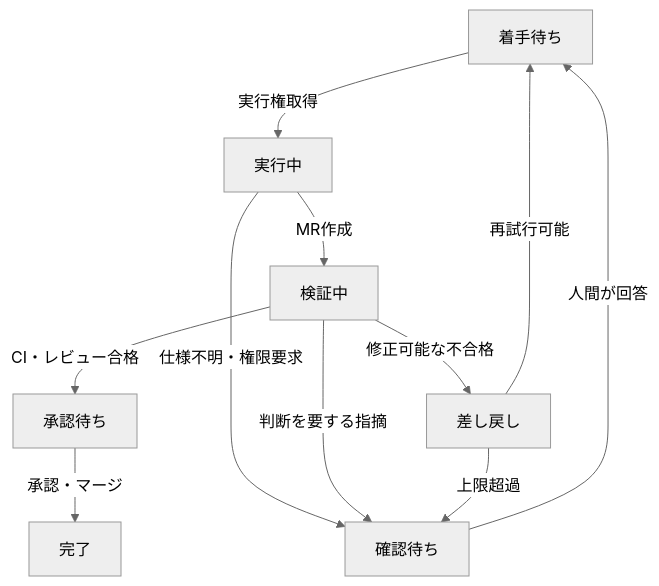
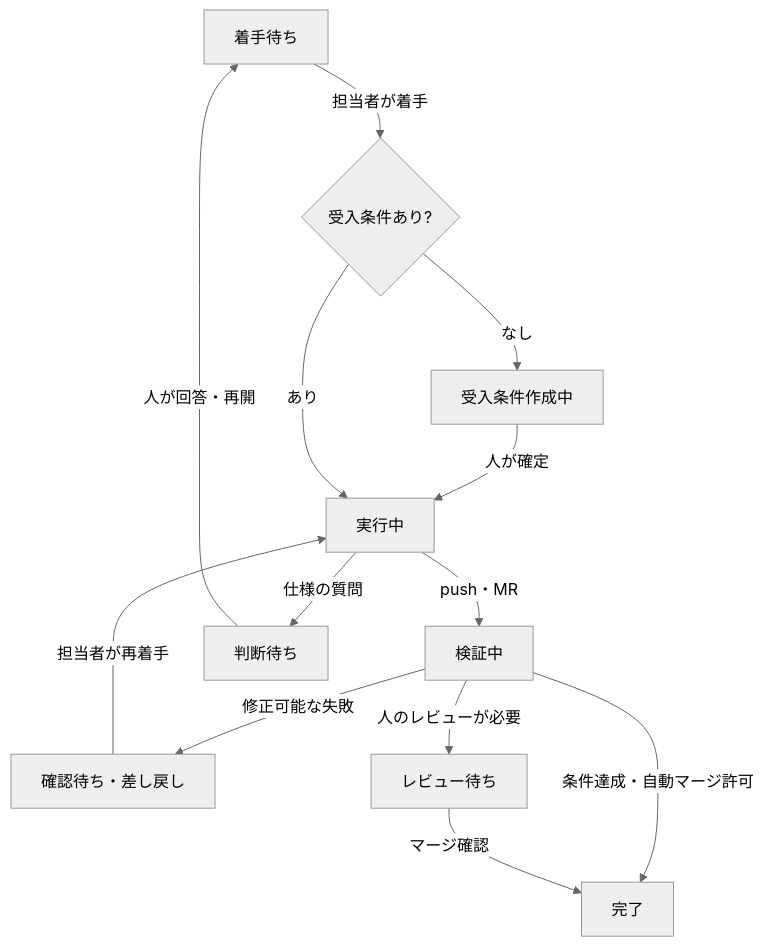
Before and after one commit to Umemura0212/zenn-content: the diagram in articles/issue-driven-agent-workflow.md, drawn with Mermaid (neutral theme). The commit also changed other lines of this file, not shown here.

````diff
--- a/articles/issue-driven-agent-workflow.md
+++ b/articles/issue-driven-agent-workflow.md
@@ -35,13 +30,15 @@
 ```mermaid
 flowchart TD
-    A[着手待ち] -->|実行権取得| B[実行中]
-    B -->|MR作成| C[検証中]
-    C -->|CI・レビュー合格| D[承認待ち]
-    D -->|承認・マージ| E[完了]
-    C -->|修正可能な不合格| F[差し戻し]
-    F -->|再試行可能| A
-    B -->|仕様不明・権限要求| G[確認待ち]
-    C -->|判断を要する指摘| G
-    G -->|人間が回答| A
-    F -->|上限超過| G
+    A[着手待ち] -->|担当者が着手| B{受入条件あり?}
+    B -->|なし| C[受入条件作成中]
+    C -->|人が確定| D[実行中]
+    B -->|あり| D
+    D -->|push・MR| E[検証中]
+    E -->|修正可能な失敗| F[確認待ち・差し戻し]
+    F -->|担当者が再着手| D
+    E -->|条件達成・自動マージ許可| G[完了]
+    E -->|人のレビューが必要| H[レビュー待ち]
+    H -->|マージ確認| G
+    D -->|仕様の質問| I[判断待ち]
+    I -->|人が回答・再開| A
 ```
````
